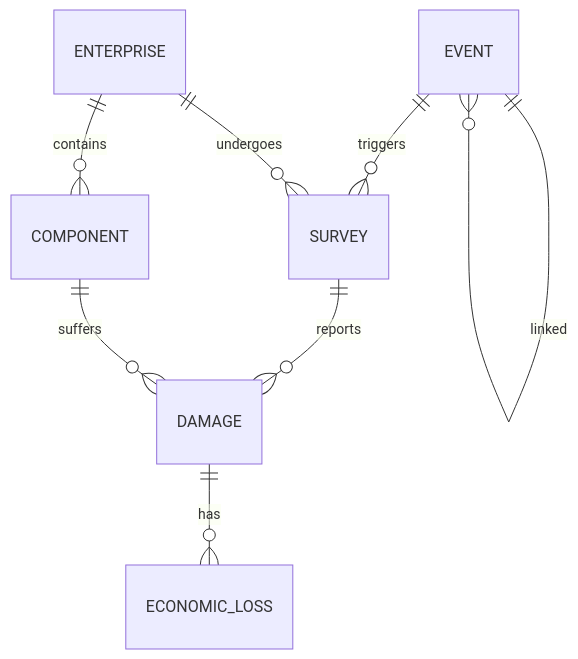
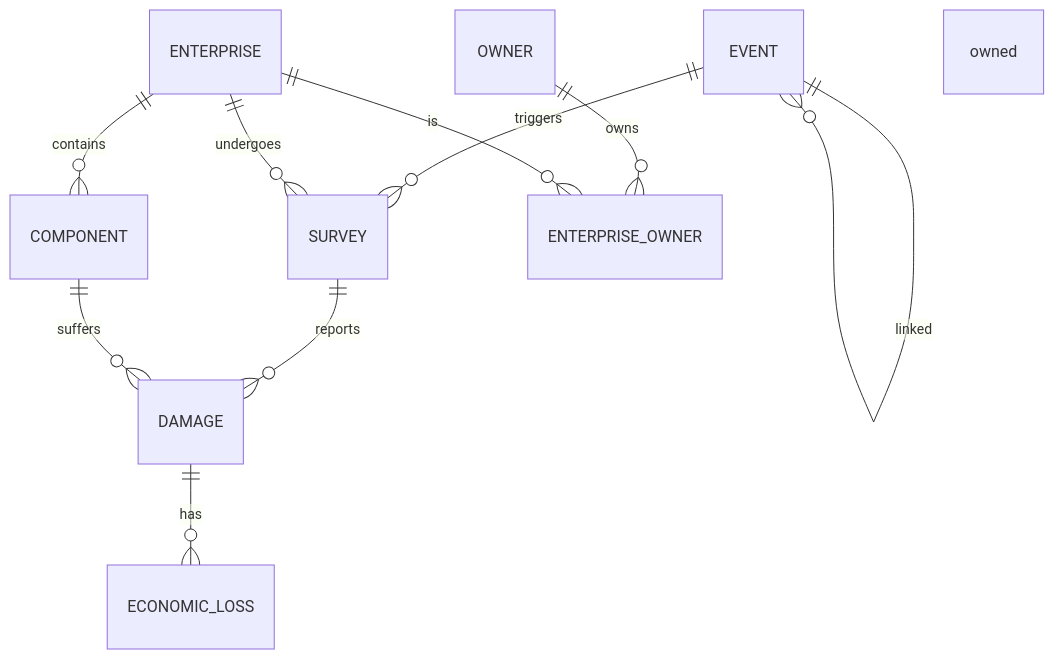
Before and after one commit to Tars4815/dictionary-demo: the third of 3 diagrams in docs/schema_er.md, drawn with Mermaid.

````diff
--- a/docs/schema_er.md
+++ b/docs/schema_er.md
@@ -63,11 +63,13 @@
 ```mermaid
 erDiagram
     EVENT ||--o{ SURVEY : triggers
     ENTERPRISE ||--o{ SURVEY : undergoes
     SURVEY ||--o{ DAMAGE : reports
     COMPONENT ||--o{ DAMAGE : suffers
     ENTERPRISE ||--o{ COMPONENT : contains
     EVENT ||--o{ EVENT : linked
     DAMAGE ||--o{ ECONOMIC_LOSS : has
+    OWNER ||--o{ ENTERPRISE_OWNER : owns
+    ENTERPRISE ||--o{ ENTERPRISE_OWNER : is owned
 
 ```
````
